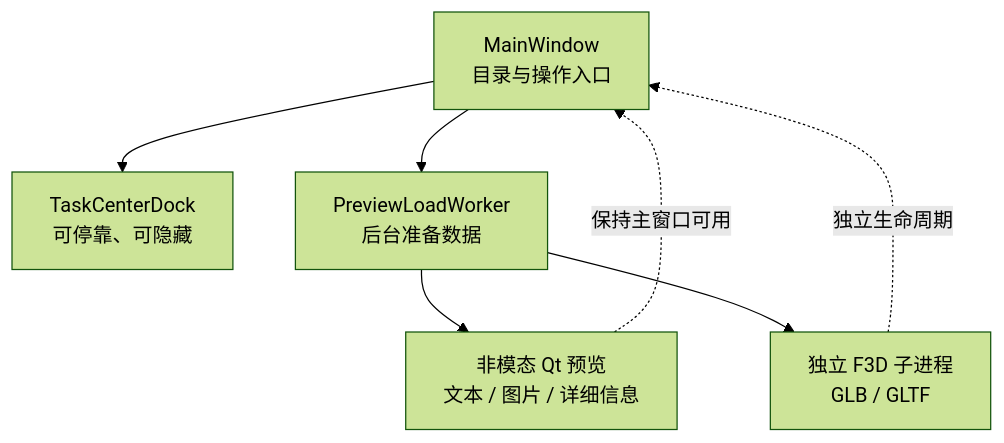
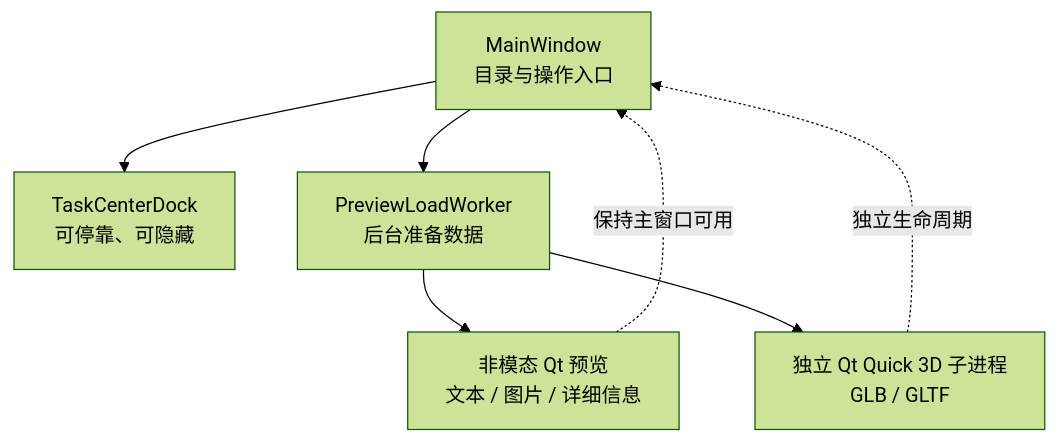
The sixth of 10 diagrams in README.md (cossoledad/RESTFulSeaweedFSBrowser), drawn with Mermaid (forest theme) before and after one commit. The commit also changed other lines of this file and 8 other files, not shown here.

````diff
--- a/README.md
+++ b/README.md
@@ -288,15 +287,15 @@
 ```mermaid
 flowchart TB
     Main["MainWindow<br/>目录与操作入口"]
     Dock["TaskCenterDock<br/>可停靠、可隐藏"]
     Native["非模态 Qt 预览<br/>文本 / 图片 / 详细信息"]
     Loader["PreviewLoadWorker<br/>后台准备数据"]
-    F3D["独立 F3D 子进程<br/>GLB / GLTF"]
+    Model["独立 Qt Quick 3D 子进程<br/>GLB / GLTF"]
 
     Main --> Dock
     Main --> Loader
     Loader --> Native
-    Loader --> F3D
+    Loader --> Model
     Native -.保持主窗口可用.-> Main
-    F3D -.独立生命周期.-> Main
+    Model -.独立生命周期.-> Main
 ```
````
